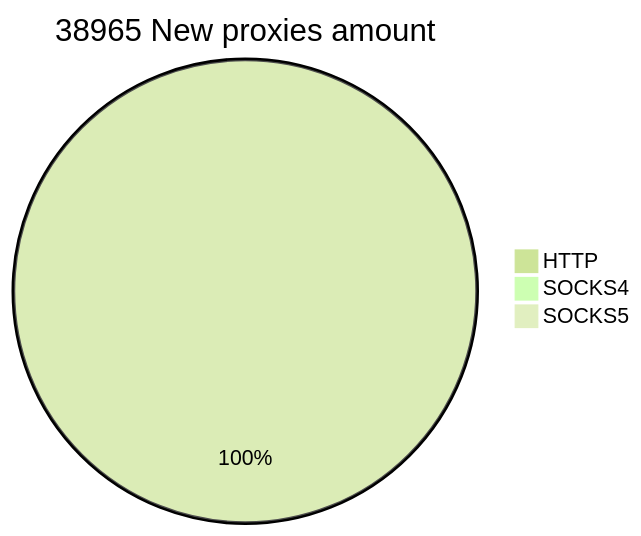
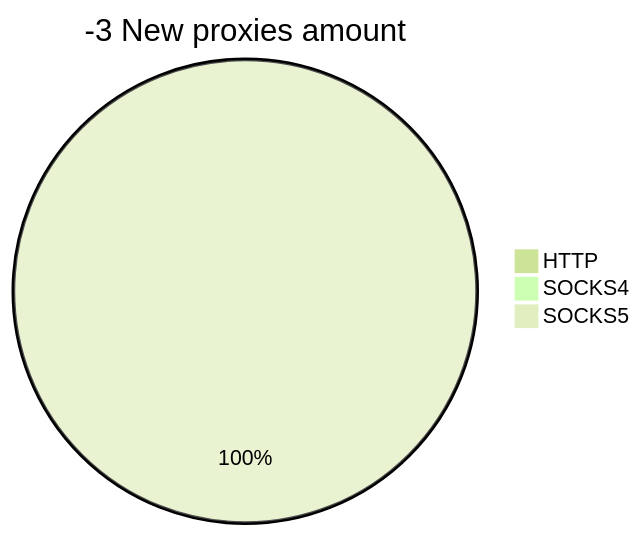
Before and after one commit to cutipu/proxylist: the second of 2 diagrams in README.md, drawn with Mermaid (forest theme). The commit also changed other lines of this file, not shown here.

````diff
--- a/README.md
+++ b/README.md
@@ -10,6 +10,6 @@
 ```mermaid
-pie title 38965 New proxies amount
-    "HTTP" : 39012
-    "SOCKS4" : 1
-    "SOCKS5" : 0
+pie title -3 New proxies amount
+    "HTTP" : 0
+    "SOCKS4" : 0
+    "SOCKS5" : 1
 ```
````
